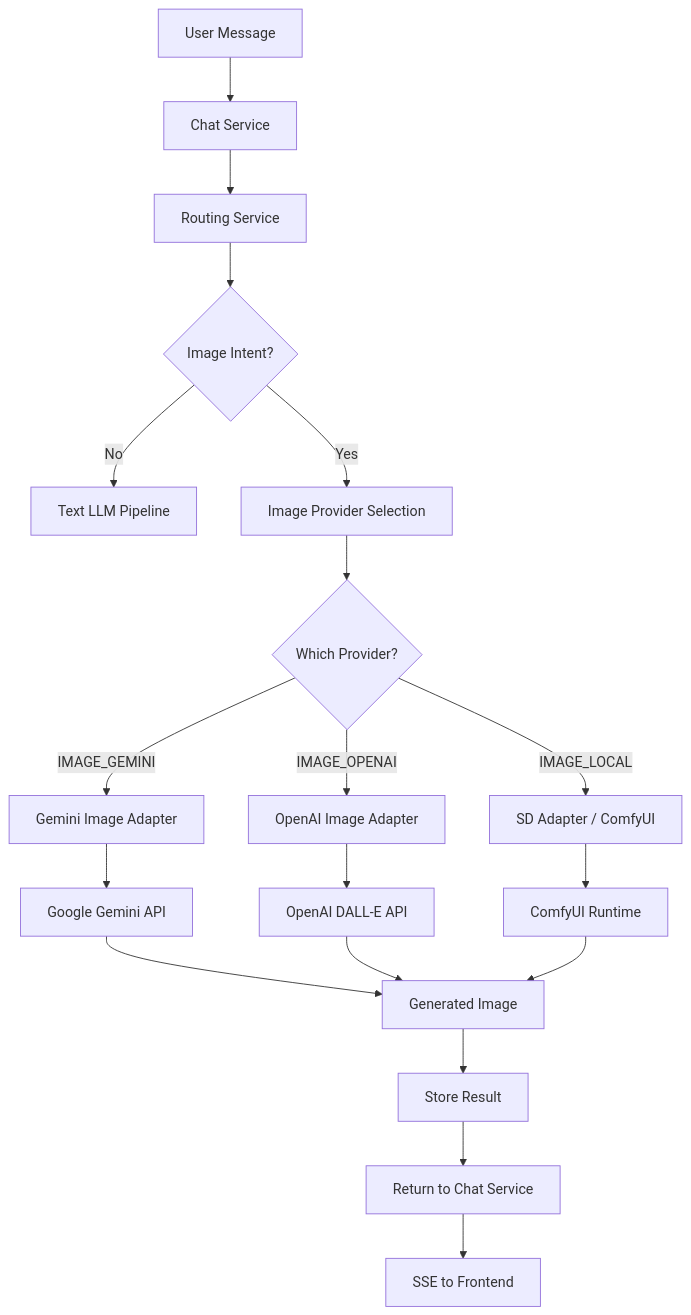
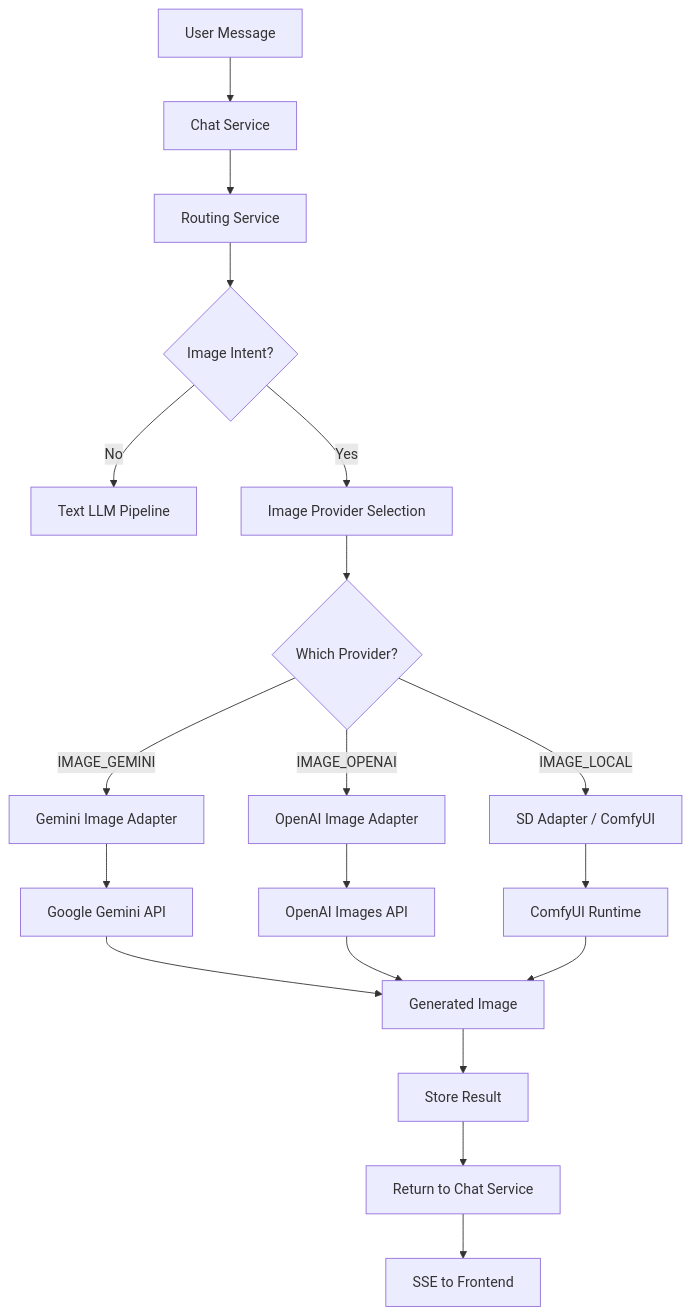
Before and after one commit to ihabkhaled/ClawAI: the first of 2 diagrams in docs/03-architecture/image-pipeline-architecture.md, drawn with Mermaid. The commit also changed other lines of this file and 223 other files, not shown here.

````diff
--- a/docs/03-architecture/image-pipeline-architecture.md
+++ b/docs/03-architecture/image-pipeline-architecture.md
@@ -11,22 +11,22 @@
 ```mermaid
 flowchart TD
     A[User Message] --> B[Chat Service]
     B --> C[Routing Service]
     C --> D{Image Intent?}
     D -->|No| E[Text LLM Pipeline]
     D -->|Yes| F[Image Provider Selection]
-    
+
     F --> G{Which Provider?}
     G -->|IMAGE_GEMINI| H[Gemini Image Adapter]
     G -->|IMAGE_OPENAI| I[OpenAI Image Adapter]
     G -->|IMAGE_LOCAL| J[SD Adapter / ComfyUI]
-    
+
     H --> K[Google Gemini API]
-    I --> L[OpenAI DALL-E API]
+    I --> L[OpenAI Images API]
     J --> M[ComfyUI Runtime]
-    
+
     K & L & M --> N[Generated Image]
     N --> O[Store Result]
     O --> P[Return to Chat Service]
     P --> Q[SSE to Frontend]
 ```
````
